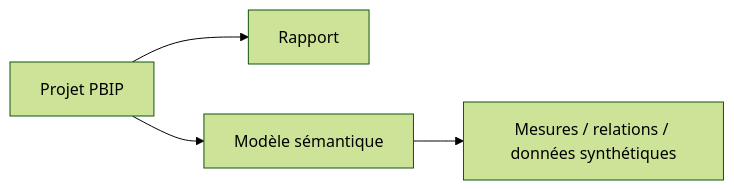
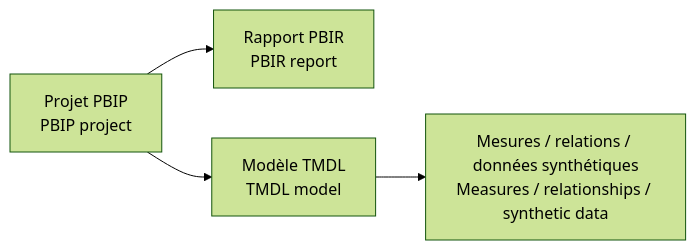
The diagram in powerbi-procurement-financial-control-tower/dashboard/README.md (jeffersonkuku/powerbi-portfolio-projects), drawn with Mermaid (forest theme) before and after one commit. The commit also changed other lines of this file and 8 other files, not shown here.

````diff
--- a/powerbi-procurement-financial-control-tower/dashboard/README.md
+++ b/powerbi-procurement-financial-control-tower/dashboard/README.md
@@ -24,6 +8,6 @@
 ```mermaid
 flowchart LR
-    A[Projet PBIP] --> B[Rapport]
-    A --> C[Modèle sémantique]
-    C --> D[Mesures / relations / données synthétiques]
+    A[Projet PBIP<br/>PBIP project] --> B[Rapport PBIR<br/>PBIR report]
+    A --> C[Modèle TMDL<br/>TMDL model]
+    C --> D[Mesures / relations / données synthétiques<br/>Measures / relationships / synthetic data]
 ```
````
